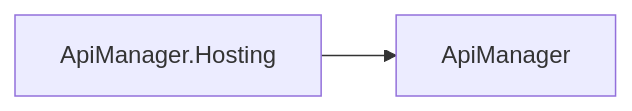
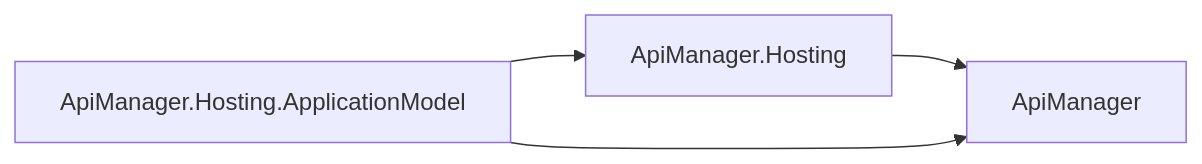
One commit to assimalign/cohesion changed diagram 12 of 27 in docs/DEPENDENCIES.md. Above: the diagram before and after it, drawn with Mermaid. The commit also changed other lines of this file and 454 other files, not shown here.

First line of the commit message:
feat(resources): give every resource area a Hosting.ApplicationModel integration

````diff
--- a/docs/DEPENDENCIES.md
+++ b/docs/DEPENDENCIES.md
@@ -599,6 +598,9 @@
 ```mermaid
 flowchart LR
     N0["ApiManager"]
     N1["ApiManager.Hosting"]
+    N2["ApiManager.Hosting.ApplicationModel"]
     N1 --> N0
+    N2 --> N0
+    N2 --> N1
 ```
````
